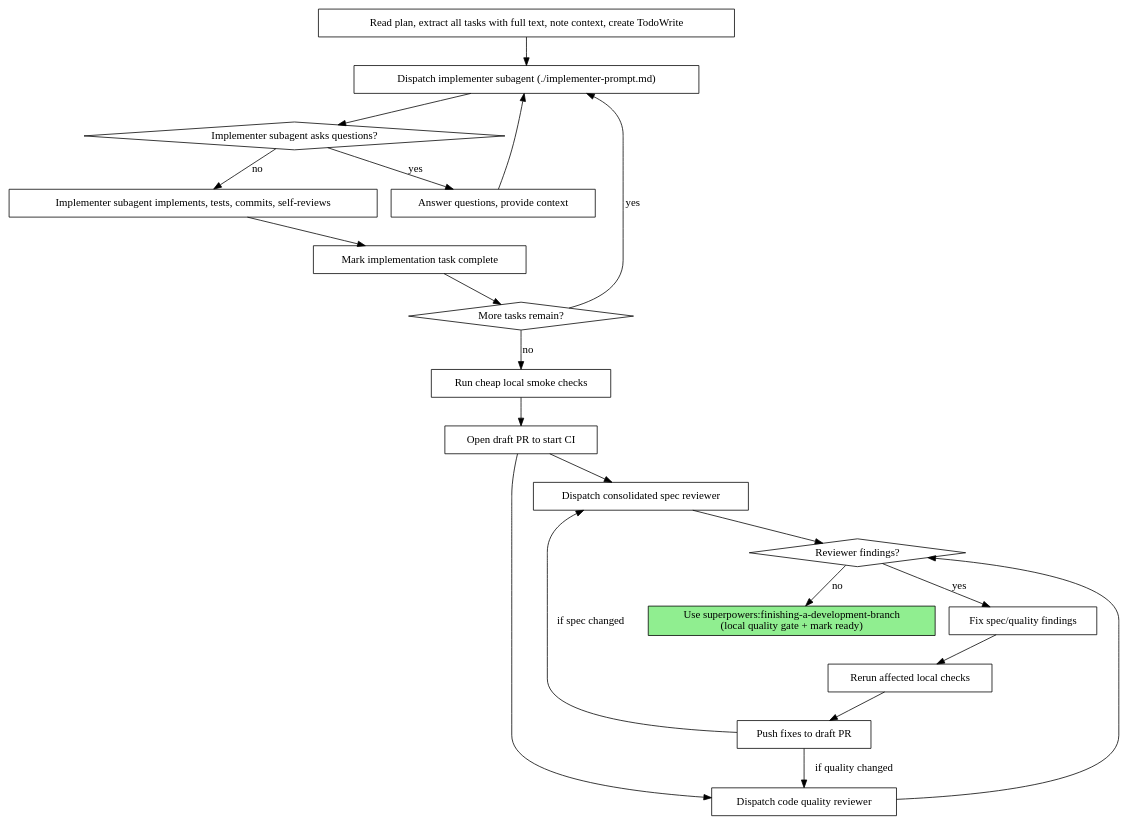
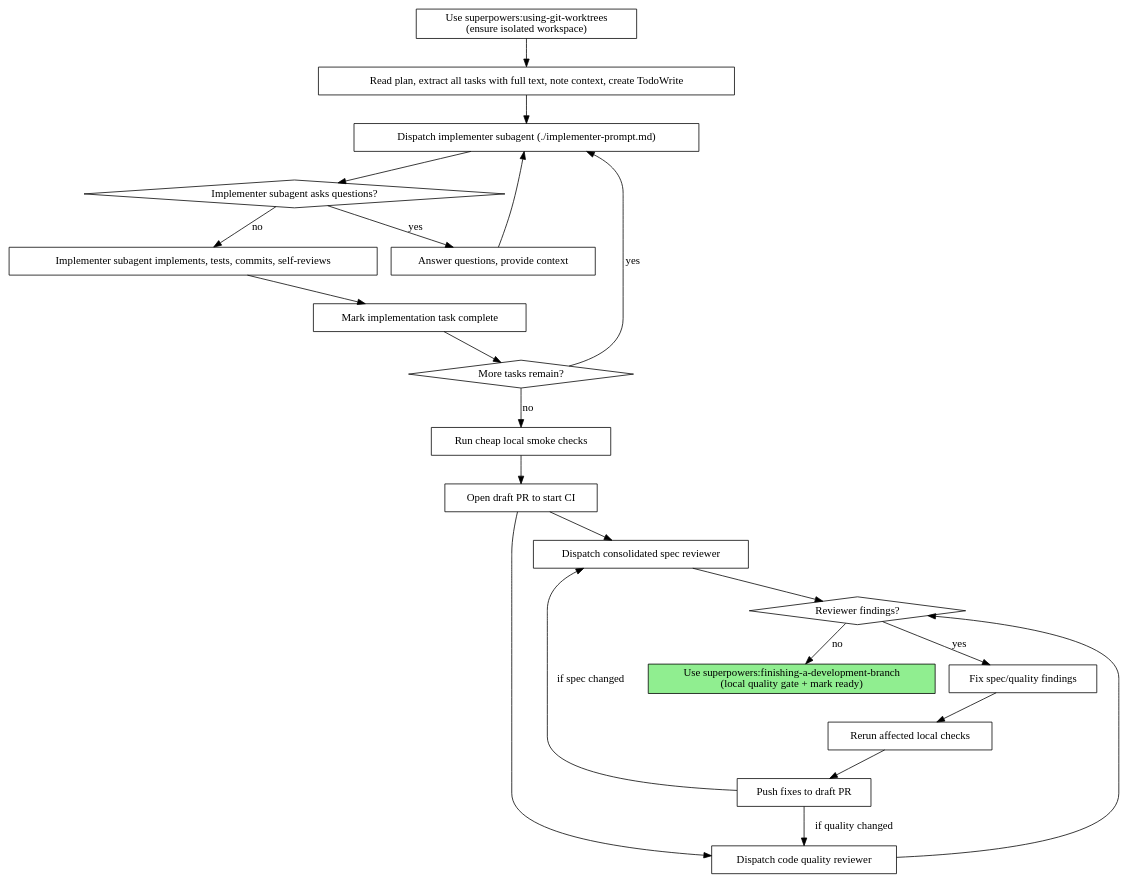
The second of 2 diagrams in skills/subagent-driven-development/SKILL.md (membphis/superpowers), drawn with Graphviz before and after one commit. The commit also changed other lines of this file and 2 other files, not shown here.

Commit message:
docs(skills): require worktree before plan execution

````diff
--- a/skills/subagent-driven-development/SKILL.md
+++ b/skills/subagent-driven-development/SKILL.md
@@ -45,43 +45,45 @@
 ```dot
 digraph process {
     rankdir=TB;
 
+    "Use superpowers:using-git-worktrees\n(ensure isolated workspace)" [shape=box];
     "Read plan, extract all tasks with full text, note context, create TodoWrite" [shape=box];
     "Dispatch implementer subagent (./implementer-prompt.md)" [shape=box];
     "Implementer subagent asks questions?" [shape=diamond];
     "Answer questions, provide context" [shape=box];
     "Implementer subagent implements, tests, commits, self-reviews" [shape=box];
     "Mark implementation task complete" [shape=box];
     "More tasks remain?" [shape=diamond];
     "Run cheap local smoke checks" [shape=box];
     "Open draft PR to start CI" [shape=box];
     "Dispatch consolidated spec reviewer" [shape=box];
     "Dispatch code quality reviewer" [shape=box];
     "Reviewer findings?" [shape=diamond];
     "Fix spec/quality findings" [shape=box];
     "Rerun affected local checks" [shape=box];
     "Push fixes to draft PR" [shape=box];
     "Use superpowers:finishing-a-development-branch\n(local quality gate + mark ready)" [shape=box style=filled fillcolor=lightgreen];
 
+    "Use superpowers:using-git-worktrees\n(ensure isolated workspace)" -> "Read plan, extract all tasks with full text, note context, create TodoWrite";
     "Read plan, extract all tasks with full text, note context, create TodoWrite" -> "Dispatch implementer subagent (./implementer-prompt.md)";
     "Dispatch implementer subagent (./implementer-prompt.md)" -> "Implementer subagent asks questions?";
     "Implementer subagent asks questions?" -> "Answer questions, provide context" [label="yes"];
     "Answer questions, provide context" -> "Dispatch implementer subagent (./implementer-prompt.md)";
     "Implementer subagent asks questions?" -> "Implementer subagent implements, tests, commits, self-reviews" [label="no"];
     "Implementer subagent implements, tests, commits, self-reviews" -> "Mark implementation task complete";
     "Mark implementation task complete" -> "More tasks remain?";
     "More tasks remain?" -> "Dispatch implementer subagent (./implementer-prompt.md)" [label="yes"];
     "More tasks remain?" -> "Run cheap local smoke checks" [label="no"];
     "Run cheap local smoke checks" -> "Open draft PR to start CI";
     "Open draft PR to start CI" -> "Dispatch consolidated spec reviewer";
     "Open draft PR to start CI" -> "Dispatch code quality reviewer";
     "Dispatch consolidated spec reviewer" -> "Reviewer findings?";
     "Dispatch code quality reviewer" -> "Reviewer findings?";
     "Reviewer findings?" -> "Fix spec/quality findings" [label="yes"];
     "Fix spec/quality findings" -> "Rerun affected local checks";
     "Rerun affected local checks" -> "Push fixes to draft PR";
     "Push fixes to draft PR" -> "Dispatch consolidated spec reviewer" [label="if spec changed"];
     "Push fixes to draft PR" -> "Dispatch code quality reviewer" [label="if quality changed"];
     "Reviewer findings?" -> "Use superpowers:finishing-a-development-branch\n(local quality gate + mark ready)" [label="no"];
 }
 ```
````
